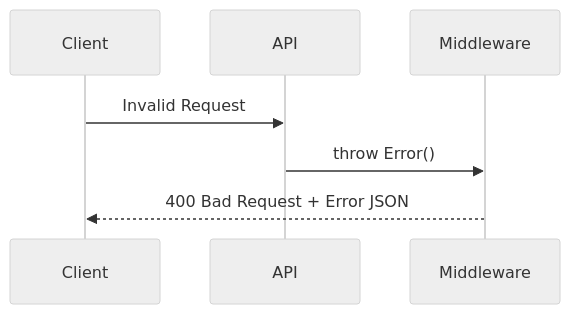
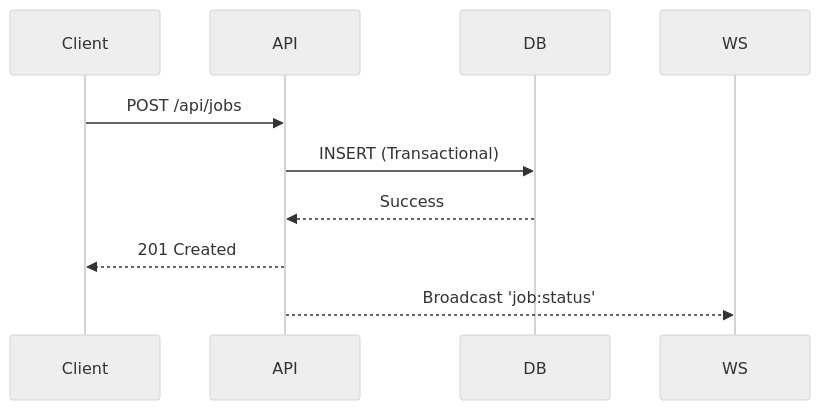
The diagram in docs/api-reference.md (PM2110/pulsar), drawn with Mermaid (neutral theme) before and after one commit. The commit also changed other lines of this file and 7 other files, not shown here.

````diff
--- a/docs/api-reference.md
+++ b/docs/api-reference.md
@@ -72,9 +91,11 @@
 ```mermaid
 sequenceDiagram
     participant Client
     participant API
-    participant Middleware
-    Client->>API: Invalid Request
-    API->>Middleware: throw Error()
-    Middleware-->>Client: 400 Bad Request + Error JSON
+    participant DB
+    Client->>API: POST /api/jobs
+    API->>DB: INSERT (Transactional)
+    DB-->>API: Success
+    API-->>Client: 201 Created
+    API-->>WS: Broadcast 'job:status'
 ```
````
